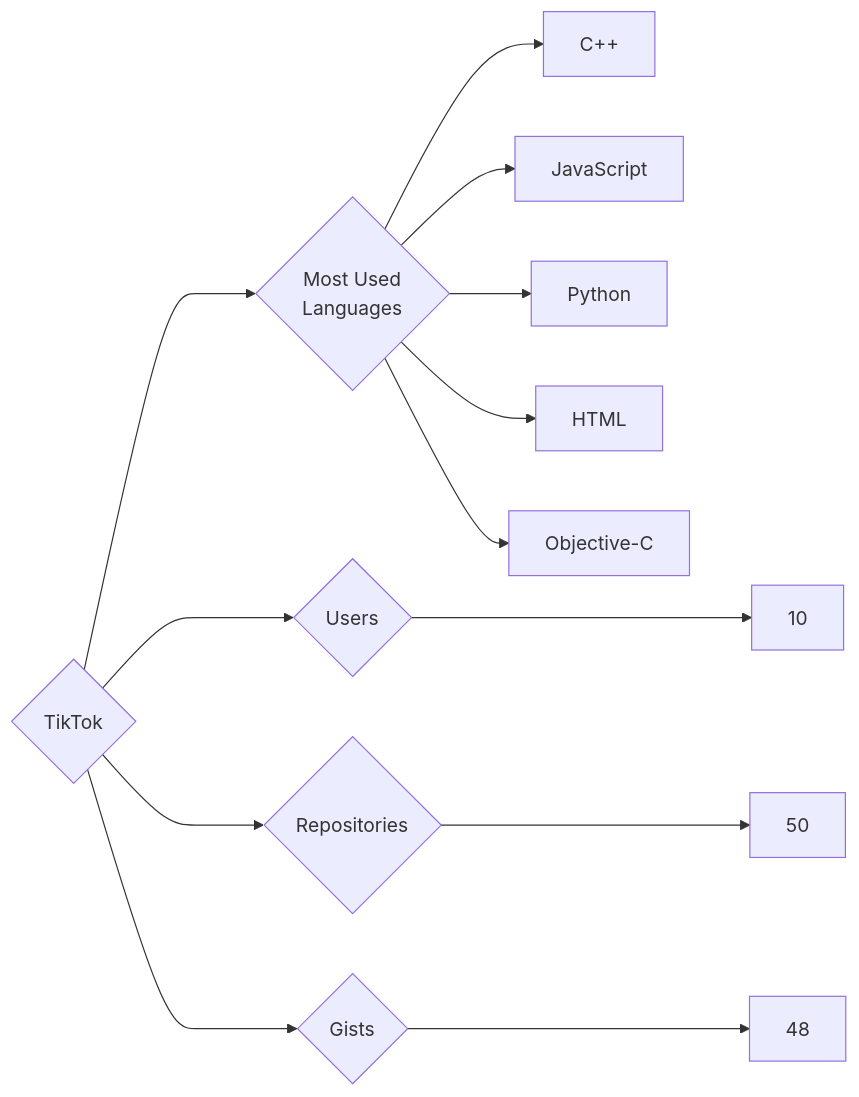
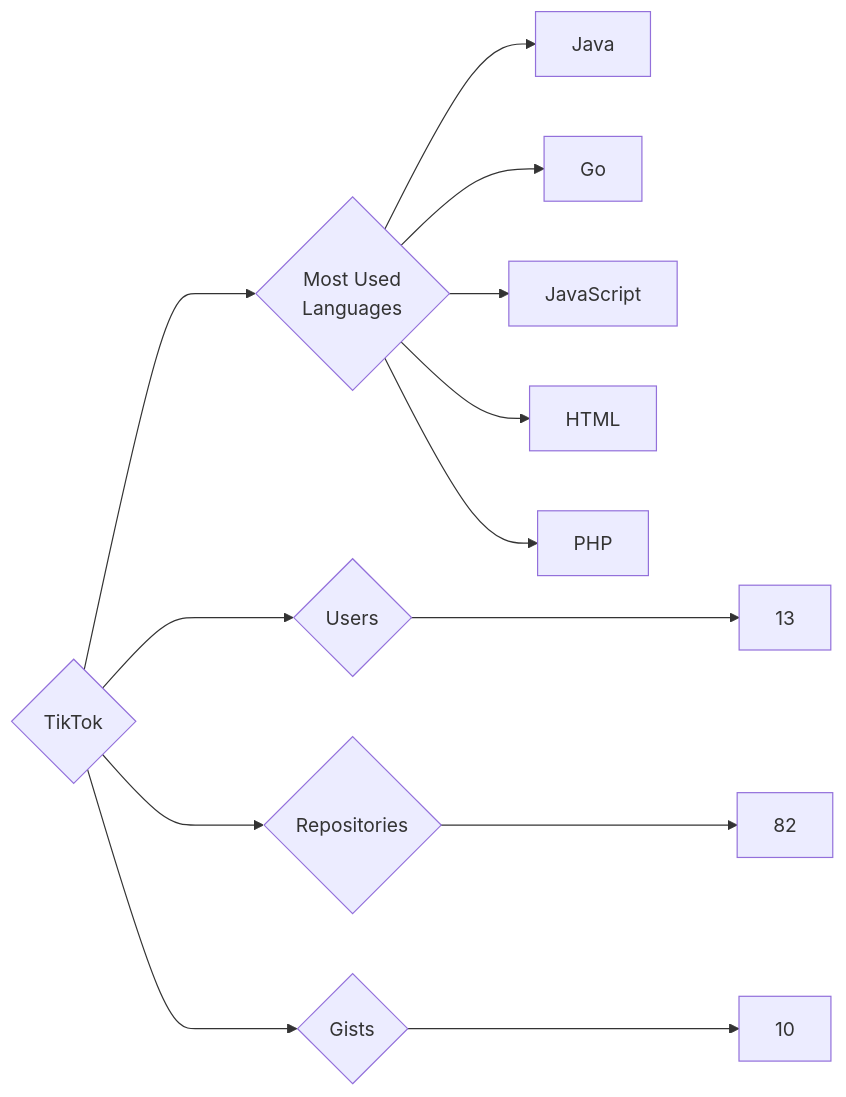
The diagram in targets/TikTok/README.md (trickest/insiders), drawn with Mermaid before and after one commit. The commit also changed 965 other files, not shown here.

````diff
--- a/targets/TikTok/README.md
+++ b/targets/TikTok/README.md
@@ -3,13 +3,13 @@
 ```mermaid
 graph LR
 COMPANY_NAME{TikTok}
-COMPANY_NAME ---> U{Users} ---> UN[10]
-COMPANY_NAME ---> R{Repositories} ---> RN[50]
-COMPANY_NAME ---> G{Gists} ---> GN[48]
+COMPANY_NAME ---> U{Users} ---> UN[13]
+COMPANY_NAME ---> R{Repositories} ---> RN[82]
+COMPANY_NAME ---> G{Gists} ---> GN[10]
 COMPANY_NAME ---> ML{Most Used<br>Languages}
-ML --> C++[C++]
+ML --> Java[Java]
+ML --> Go[Go]
 ML --> JavaScript[JavaScript]
-ML --> Python[Python]
 ML --> HTML[HTML]
-ML --> Objective-C[Objective-C]
+ML --> PHP[PHP]
 ```
````
